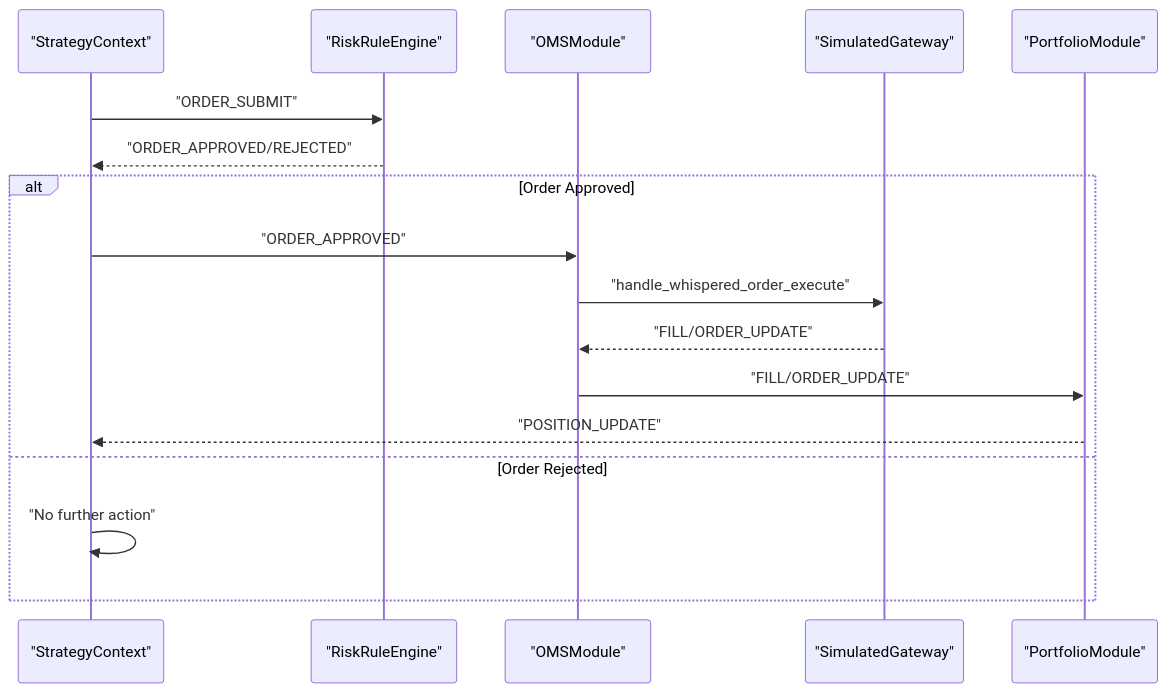
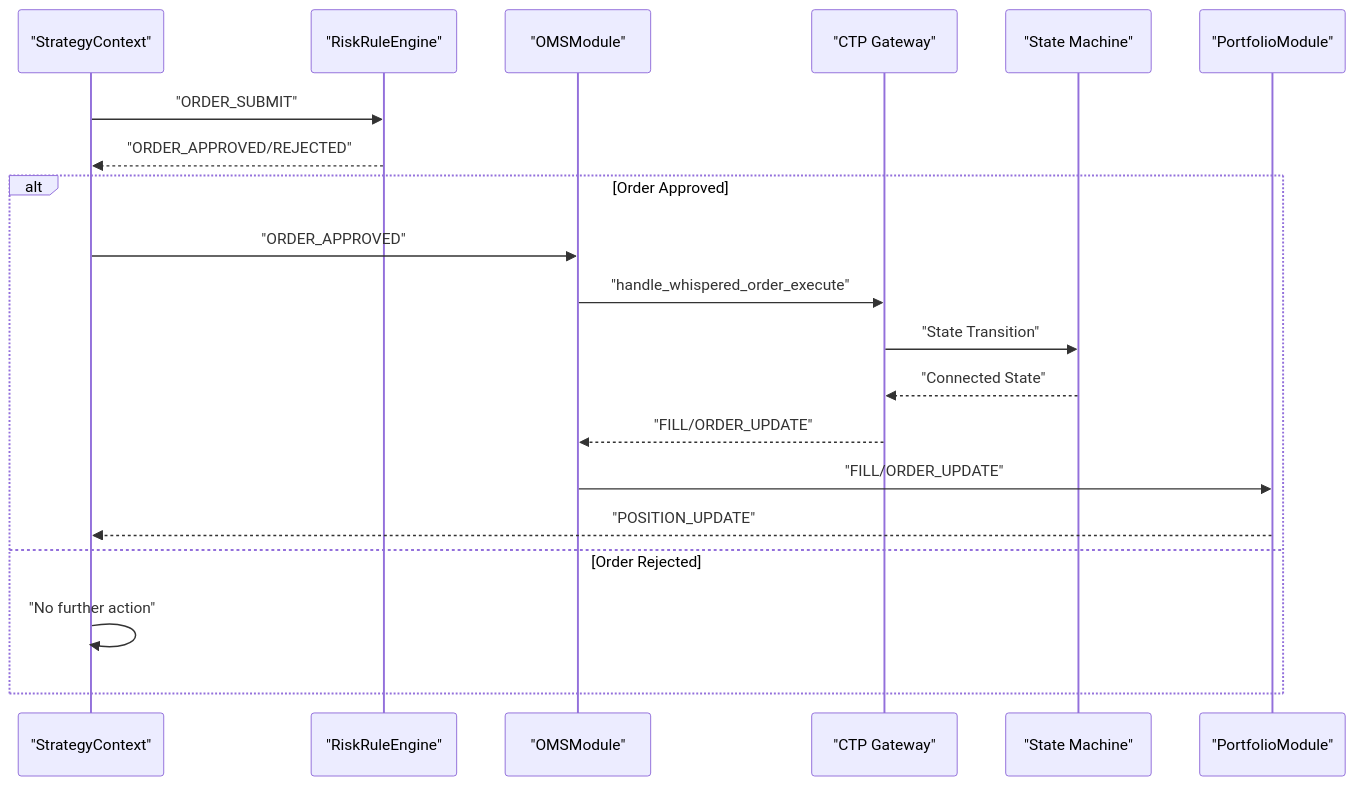
One commit to zt281/TycheEngine changed the fourth of 4 diagrams in .qoder/repowiki/en/content/Testing and Development.md. Above: the diagram before and after it, drawn with Mermaid. The commit also changed other lines of this file and 34 other files, not shown here.

````diff
--- a/.qoder/repowiki/en/content/Testing and Development.md
+++ b/.qoder/repowiki/en/content/Testing and Development.md
@@ -834,19 +1164,22 @@
 ```mermaid
 sequenceDiagram
 participant Strat as "StrategyContext"
 participant Risk as "RiskRuleEngine"
 participant OMS as "OMSModule"
-participant GW as "SimulatedGateway"
+participant GW as "CTP Gateway"
+participant SM as "State Machine"
 participant Port as "PortfolioModule"
 Strat->>Risk : "ORDER_SUBMIT"
 Risk-->>Strat : "ORDER_APPROVED/REJECTED"
 alt Order Approved
 Strat->>OMS : "ORDER_APPROVED"
 OMS->>GW : "handle_whispered_order_execute"
+GW->>SM : "State Transition"
+SM-->>GW : "Connected State"
 GW-->>OMS : "FILL/ORDER_UPDATE"
 OMS->>Port : "FILL/ORDER_UPDATE"
 Port-->>Strat : "POSITION_UPDATE"
 else Order Rejected
 Strat->>Strat : "No further action"
 end
 ```
````
